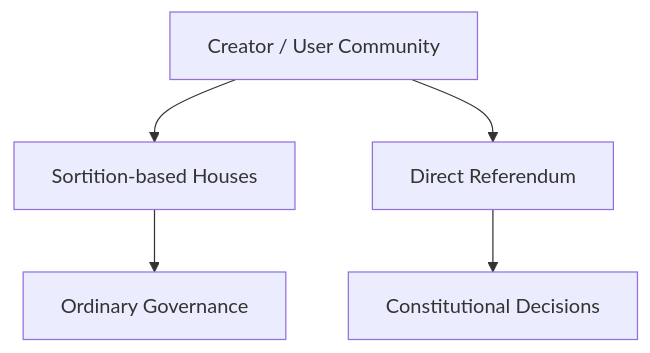
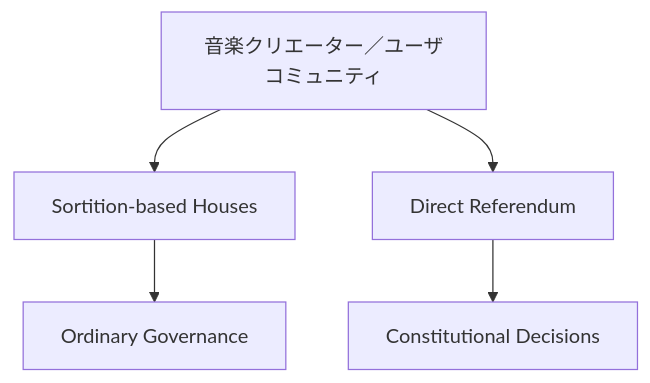
One commit to ShigeichiroYamasaki/creator-first-platform changed the seventh of 17 diagrams in docs/whitepaper/01-vision.md. Above: the diagram before and after it, drawn with Mermaid. The commit also changed other lines of this file and 67 other files, not shown here.

````diff
--- a/docs/whitepaper/01-vision.md
+++ b/docs/whitepaper/01-vision.md
@@ -184,10 +184,10 @@
 ```mermaid
 flowchart TD
-    COMMUNITY[Creator / User Community]
+    COMMUNITY[音楽クリエーター／ユーザコミュニティ]
 
     COMMUNITY --> HOUSE[Sortition-based Houses]
     COMMUNITY --> REFERENDUM[Direct Referendum]
 
     HOUSE --> NORMAL[Ordinary Governance]
     REFERENDUM --> CONSTITUTION[Constitutional Decisions]
 ```
````
